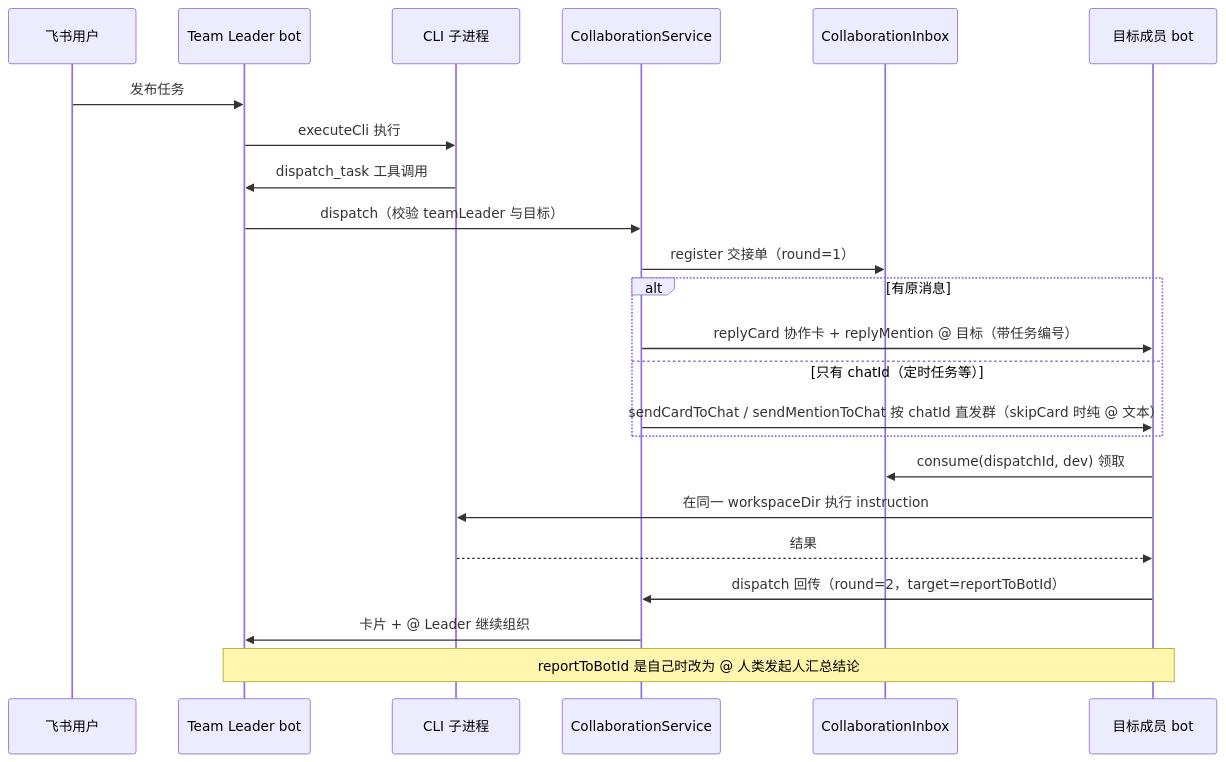
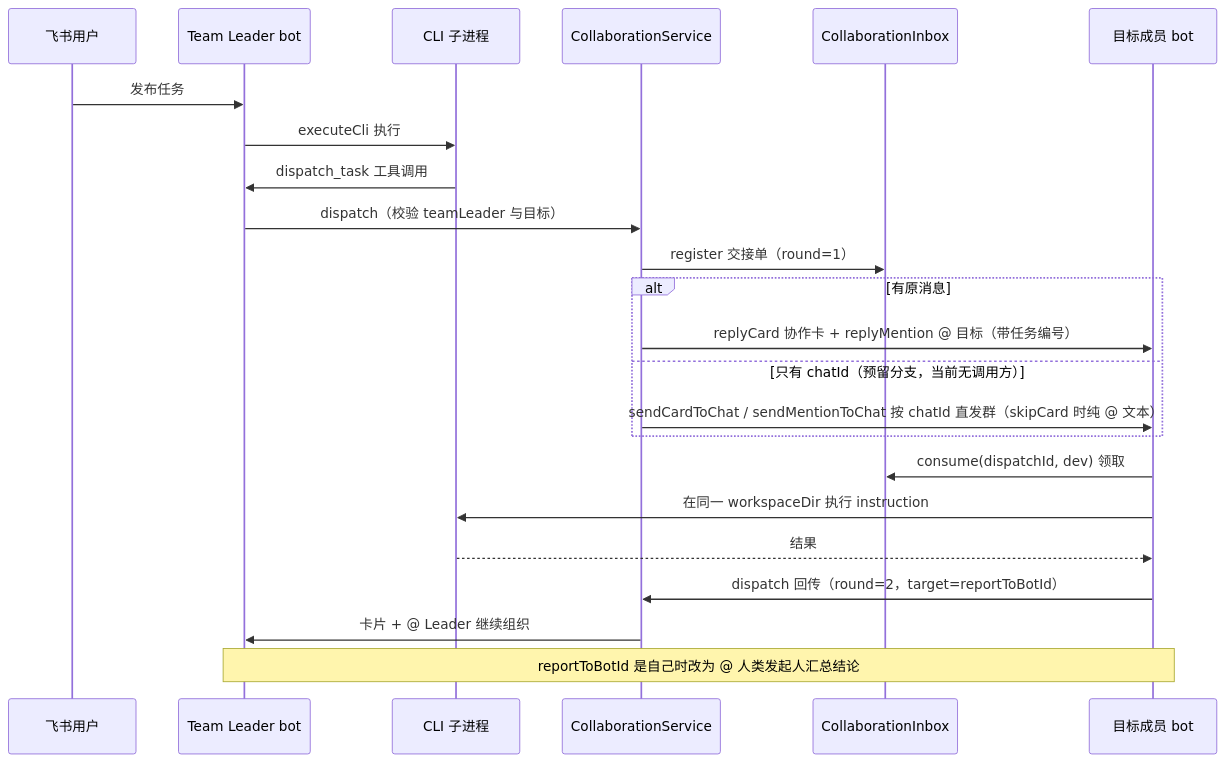
The diagram in openwiki/domain/collaboration.md (CerrorJ/Agent-Team), drawn with Mermaid before and after one commit. The commit also changed other lines of this file and 1 other file, not shown here.

````diff
--- a/openwiki/domain/collaboration.md
+++ b/openwiki/domain/collaboration.md
@@ -59,26 +59,26 @@
 ```mermaid
 sequenceDiagram
     participant User as 飞书用户
     participant Lead as Team Leader bot
     participant CLI as CLI 子进程
     participant Svc as CollaborationService
     participant Inbox as CollaborationInbox
     participant Dev as 目标成员 bot
 
     User->>Lead: 发布任务
     Lead->>CLI: executeCli 执行
     CLI->>Lead: dispatch_task 工具调用
     Lead->>Svc: dispatch（校验 teamLeader 与目标）
     Svc->>Inbox: register 交接单（round=1）
     alt 有原消息
         Svc->>Dev: replyCard 协作卡 + replyMention @ 目标（带任务编号）
-    else 只有 chatId（定时任务等）
+    else 只有 chatId（预留分支，当前无调用方）
         Svc->>Dev: sendCardToChat / sendMentionToChat 按 chatId 直发群（skipCard 时纯 @ 文本）
     end
     Dev->>Inbox: consume(dispatchId, dev) 领取
     Dev->>CLI: 在同一 workspaceDir 执行 instruction
     CLI-->>Dev: 结果
     Dev->>Svc: dispatch 回传（round=2，target=reportToBotId）
     Svc->>Lead: 卡片 + @ Leader 继续组织
     Note over Lead,Dev: reportToBotId 是自己时改为 @ 人类发起人汇总结论
 ```
````
